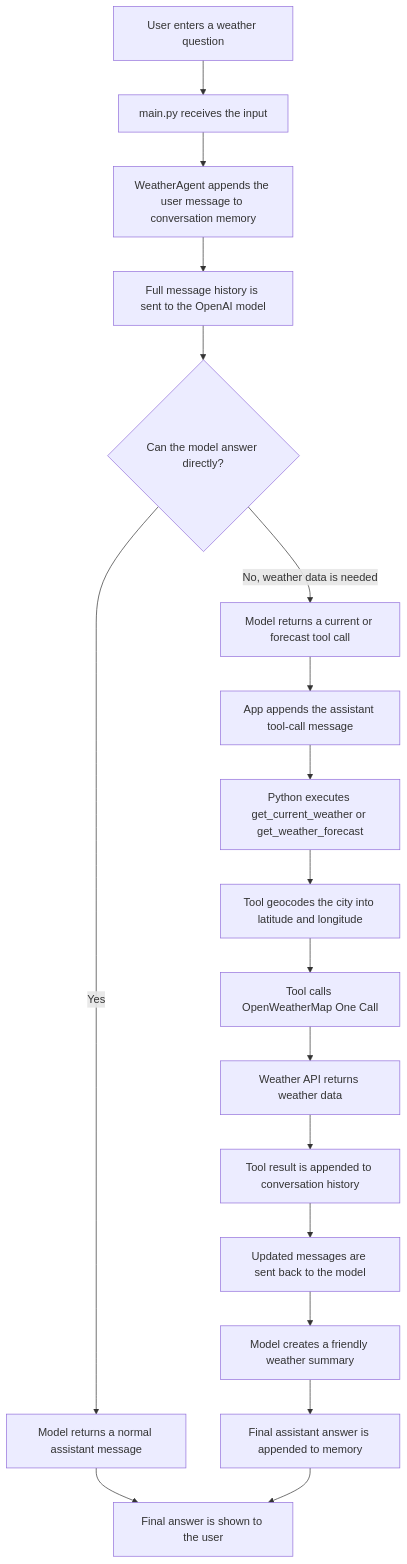
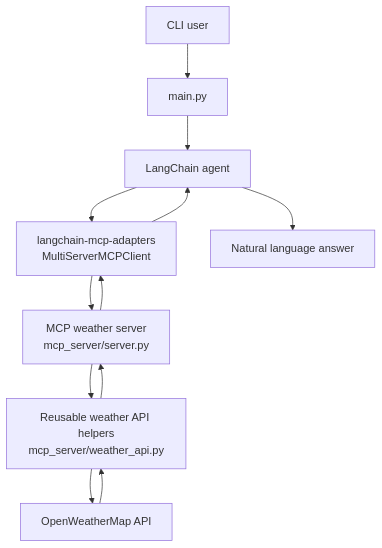
The diagram in README.md (eczhang12/MCP-Weather-Agent), drawn with Mermaid before and after one commit. The commit also changed other lines of this file, not shown here.

Commit message:
Updated README to reflect Langchain agent and MCP client/server interactions

````diff
--- a/README.md
+++ b/README.md
@@ -173,20 +21,14 @@
 ```mermaid
 flowchart TD
-    A[User enters a weather question] --> B[main.py receives the input]
-    B --> C[WeatherAgent appends the user message to conversation memory]
-    C --> D[Full message history is sent to the OpenAI model]
-    D --> E{Can the model answer directly?}
-    E -->|Yes| F[Model returns a normal assistant message]
-    F --> G[Final answer is shown to the user]
-    E -->|No, weather data is needed| H[Model returns a current or forecast tool call]
-    H --> I[App appends the assistant tool-call message]
-    I --> J[Python executes get_current_weather or get_weather_forecast]
-    J --> K[Tool geocodes the city into latitude and longitude]
-    K --> L[Tool calls OpenWeatherMap One Call]
-    L --> M[Weather API returns weather data]
-    M --> N[Tool result is appended to conversation history]
-    N --> O[Updated messages are sent back to the model]
-    O --> P[Model creates a friendly weather summary]
-    P --> Q[Final assistant answer is appended to memory]
-    Q --> G
+    A[CLI user] --> B[main.py]
+    B --> C[LangChain agent]
+    C --> D[langchain-mcp-adapters<br/>MultiServerMCPClient]
+    D --> E[MCP weather server<br/>mcp_server/server.py]
+    E --> F[Reusable weather API helpers<br/>mcp_server/weather_api.py]
+    F --> G[OpenWeatherMap API]
+    G --> F
+    F --> E
+    E --> D
+    D --> C
+    C --> H[Natural language answer]
 ```
````
